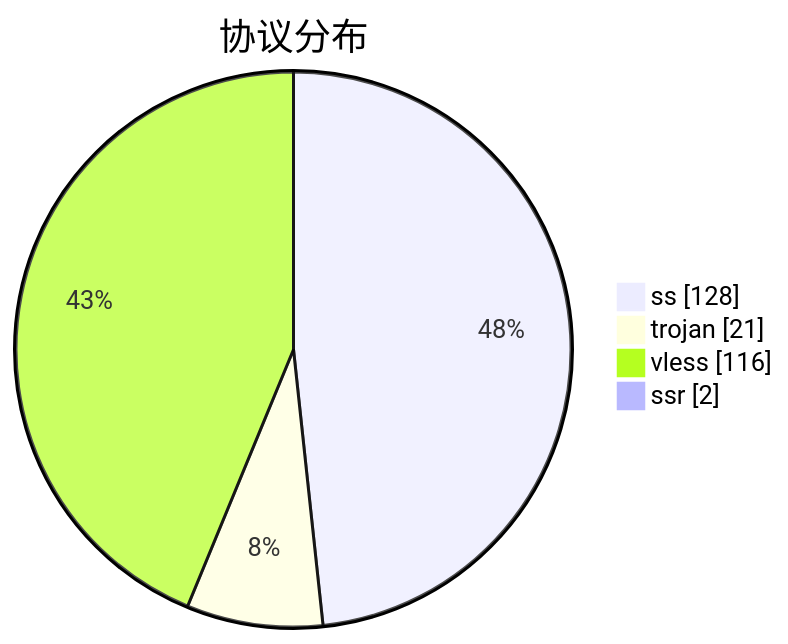
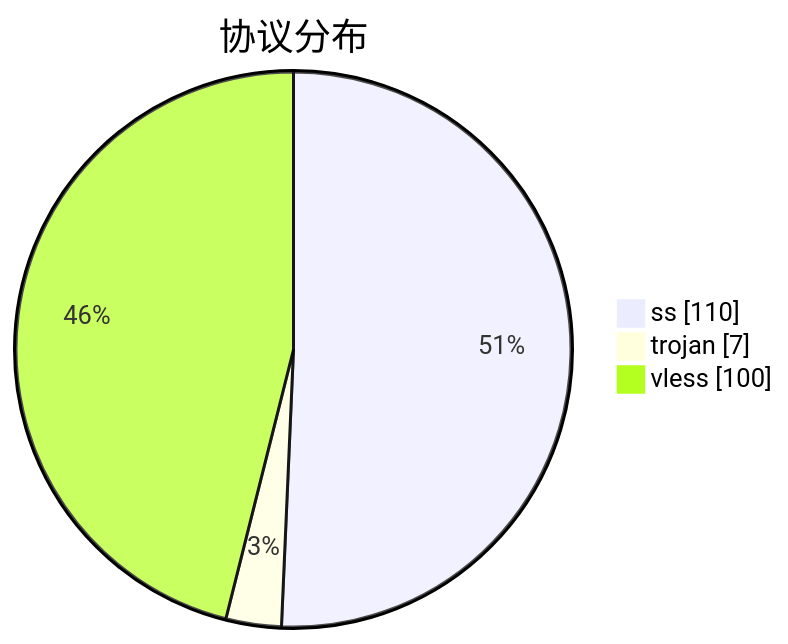
One commit to qjlxg/airport changed the third of 3 diagrams in subs/statistics/tested_within.md. Above: the diagram before and after it, drawn with Mermaid. The commit also changed other lines of this file and 2 other files, not shown here.

````diff
--- a/subs/statistics/tested_within.md
+++ b/subs/statistics/tested_within.md
@@ -17,8 +17,7 @@
 ```mermaid
 pie showData
 title 协议分布
-"ss" : 128
-"trojan" : 21
-"vless" : 116
-"ssr" : 2
+"ss" : 110
+"trojan" : 7
+"vless" : 100
 ```
````
